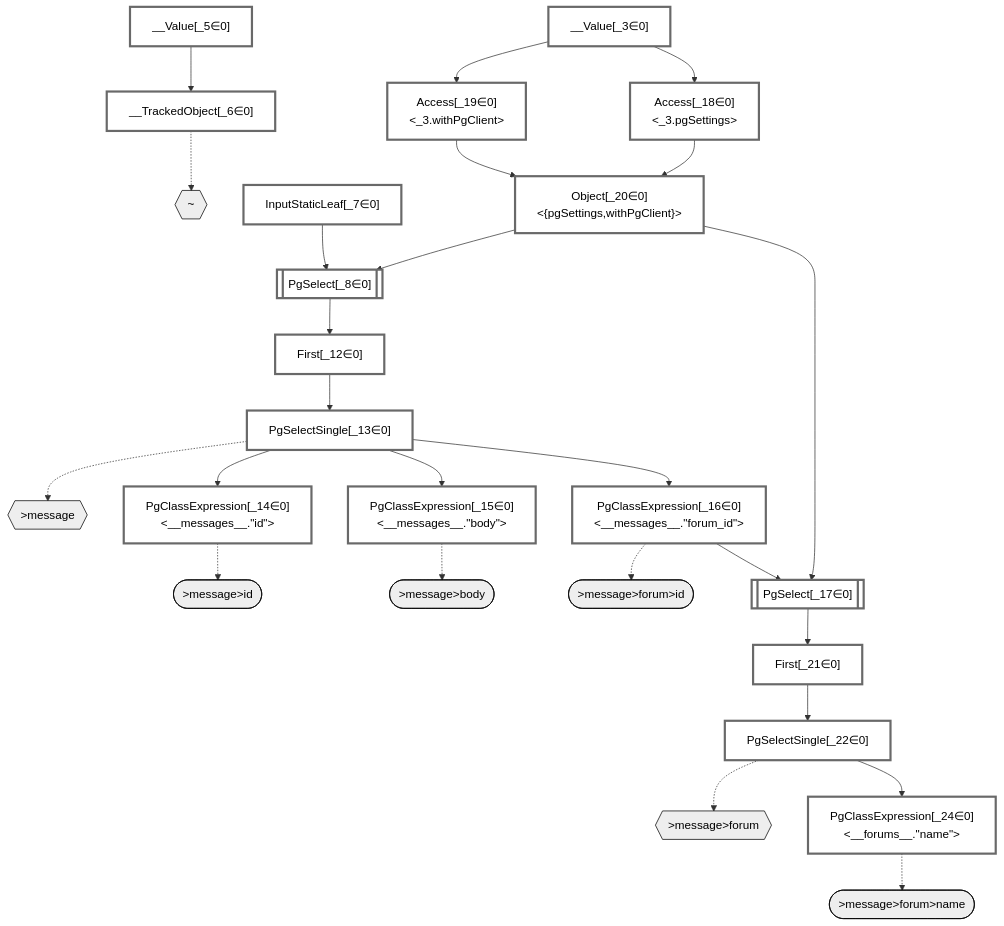
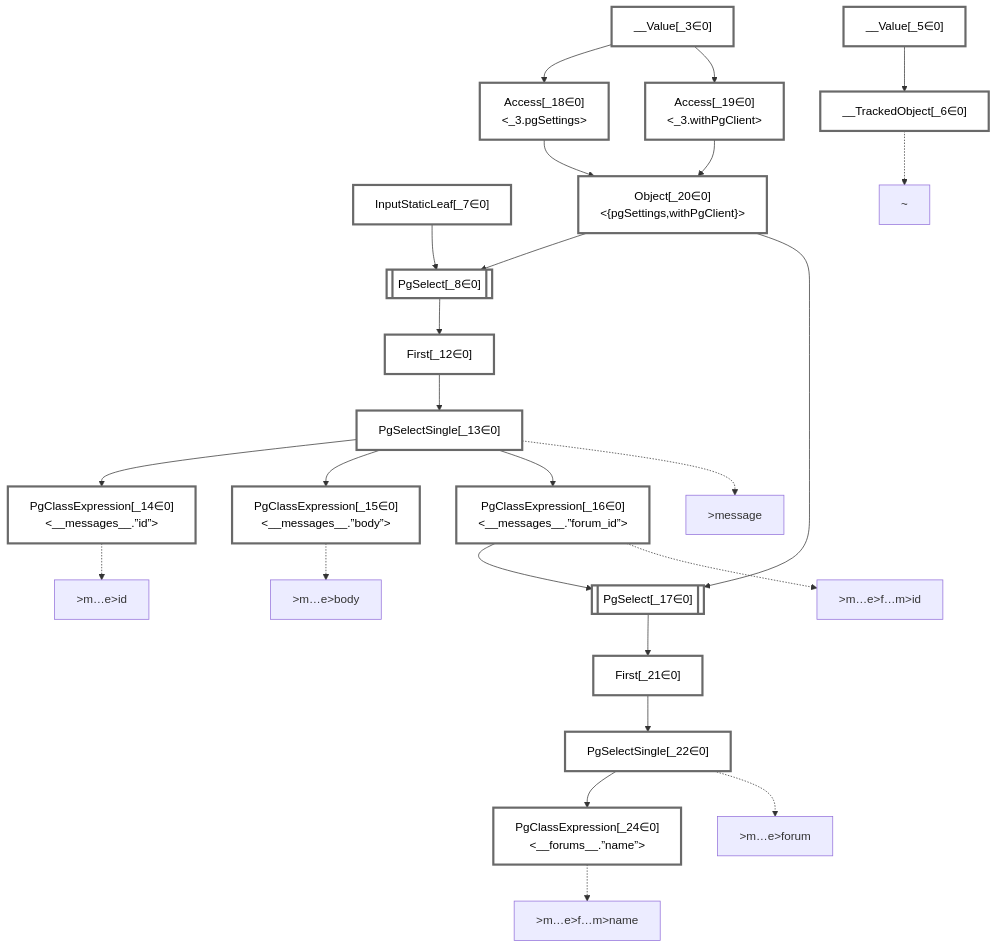
One commit to graphile/crystal changed the diagram in packages/dataplan-pg/__tests__/queries/relations/basics.deopt.mermaid.md. Above: the diagram before and after it, drawn with Mermaid. The commit also changed 195 other files, not shown here.

````diff
--- a/packages/dataplan-pg/__tests__/queries/relations/basics.deopt.mermaid.md
+++ b/packages/dataplan-pg/__tests__/queries/relations/basics.deopt.mermaid.md
@@ -1,75 +1,67 @@
 ```mermaid
 graph TD
     classDef path fill:#eee,stroke:#000,color:#000
     classDef plan fill:#fff,stroke-width:3px,color:#000
     classDef itemplan fill:#fff,stroke-width:6px,color:#000
     classDef sideeffectplan fill:#f00,stroke-width:6px,color:#000
     classDef bucket fill:#f6f6f6,color:#000,stroke-width:6px
 
-    %% subgraph fields
-    P1{{"~"}}:::path
-    P2{{">message"}}:::path
-    P3([">message>id"]):::path
-    %% P2 -.-> P3
-    P4([">message>body"]):::path
-    %% P2 -.-> P4
-    P5{{">message>forum"}}:::path
-    P6([">message>forum>id"]):::path
-    %% P5 -.-> P6
-    P7([">message>forum>name"]):::path
-    %% P5 -.-> P7
-    %% P2 -.-> P5
-    %% P1 -.-> P2
-    %% end
 
     %% define plans
     __Value_3["__Value[_3∈0]<br /><context>"]:::plan
     __Value_5["__Value[_5∈0]<br /><rootValue>"]:::plan
     __TrackedObject_6["__TrackedObject[_6∈0]"]:::plan
     InputStaticLeaf_7["InputStaticLeaf[_7∈0]"]:::plan
     PgSelect_8[["PgSelect[_8∈0]<br /><messages>"]]:::plan
     First_12["First[_12∈0]"]:::plan
     PgSelectSingle_13["PgSelectSingle[_13∈0]<br /><messages>"]:::plan
-    PgClassExpression_14["PgClassExpression[_14∈0]<br /><__messages__.#quot;id#quot;>"]:::plan
-    PgClassExpression_15["PgClassExpression[_15∈0]<br /><__messages__.#quot;body#quot;>"]:::plan
-    PgClassExpression_16["PgClassExpression[_16∈0]<br /><__messages__.#quot;forum_id#quot;>"]:::plan
+    PgClassExpression_14["PgClassExpression[_14∈0]<br /><__messages__.”id”>"]:::plan
+    PgClassExpression_15["PgClassExpression[_15∈0]<br /><__messages__.”body”>"]:::plan
+    PgClassExpression_16["PgClassExpression[_16∈0]<br /><__messages__.”forum_id”>"]:::plan
     PgSelect_17[["PgSelect[_17∈0]<br /><forums>"]]:::plan
     Access_18["Access[_18∈0]<br /><_3.pgSettings>"]:::plan
     Access_19["Access[_19∈0]<br /><_3.withPgClient>"]:::plan
     Object_20["Object[_20∈0]<br /><{pgSettings,withPgClient}>"]:::plan
     First_21["First[_21∈0]"]:::plan
     PgSelectSingle_22["PgSelectSingle[_22∈0]<br /><forums>"]:::plan
-    PgClassExpression_24["PgClassExpression[_24∈0]<br /><__forums__.#quot;name#quot;>"]:::plan
+    PgClassExpression_24["PgClassExpression[_24∈0]<br /><__forums__.”name”>"]:::plan
 
     %% plan dependencies
     __Value_5 --> __TrackedObject_6
     Object_20 --> PgSelect_8
     InputStaticLeaf_7 --> PgSelect_8
     PgSelect_8 --> First_12
     First_12 --> PgSelectSingle_13
     PgSelectSingle_13 --> PgClassExpression_14
     PgSelectSingle_13 --> PgClassExpression_15
     PgSelectSingle_13 --> PgClassExpression_16
     Object_20 --> PgSelect_17
     PgClassExpression_16 --> PgSelect_17
     __Value_3 --> Access_18
     __Value_3 --> Access_19
     Access_18 --> Object_20
     Access_19 --> Object_20
     PgSelect_17 --> First_21
     First_21 --> PgSelectSingle_22
     PgSelectSingle_22 --> PgClassExpression_24
 
     %% plan-to-path relationships
+    P1["~"]
     __TrackedObject_6 -.-> P1
+    P2[">message"]
     PgSelectSingle_13 -.-> P2
+    P3[">m…e>id"]
     PgClassExpression_14 -.-> P3
+    P4[">m…e>body"]
     PgClassExpression_15 -.-> P4
+    P5[">m…e>forum"]
     PgSelectSingle_22 -.-> P5
+    P6[">m…e>f…m>id"]
     PgClassExpression_16 -.-> P6
+    P7[">m…e>f…m>name"]
     PgClassExpression_24 -.-> P7
 
     %% allocate buckets
     classDef bucket0 stroke:#696969
     class __Value_3,__Value_5,__TrackedObject_6,InputStaticLeaf_7,PgSelect_8,First_12,PgSelectSingle_13,PgClassExpression_14,PgClassExpression_15,PgClassExpression_16,PgSelect_17,Access_18,Access_19,Object_20,First_21,PgSelectSingle_22,PgClassExpression_24 bucket0
 ```
````
